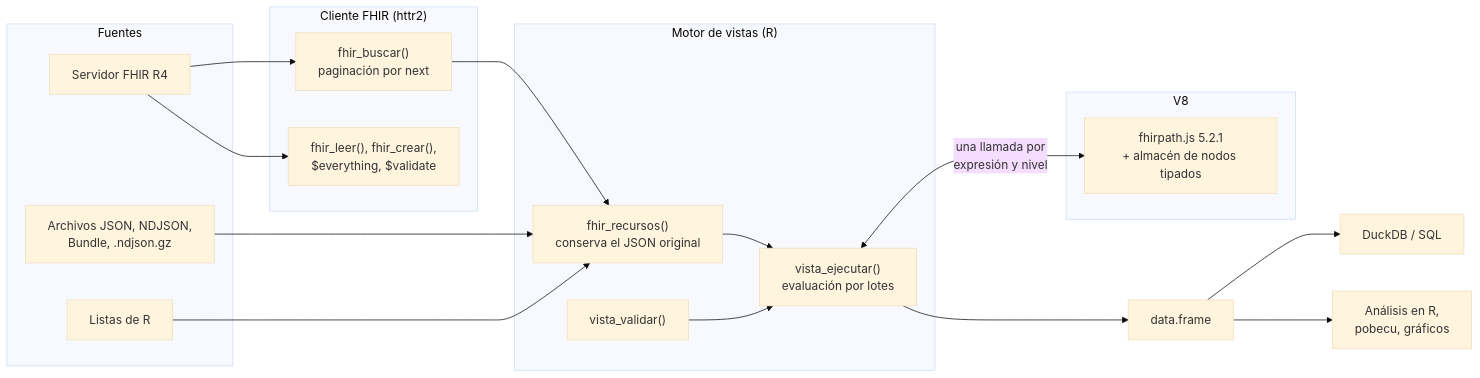
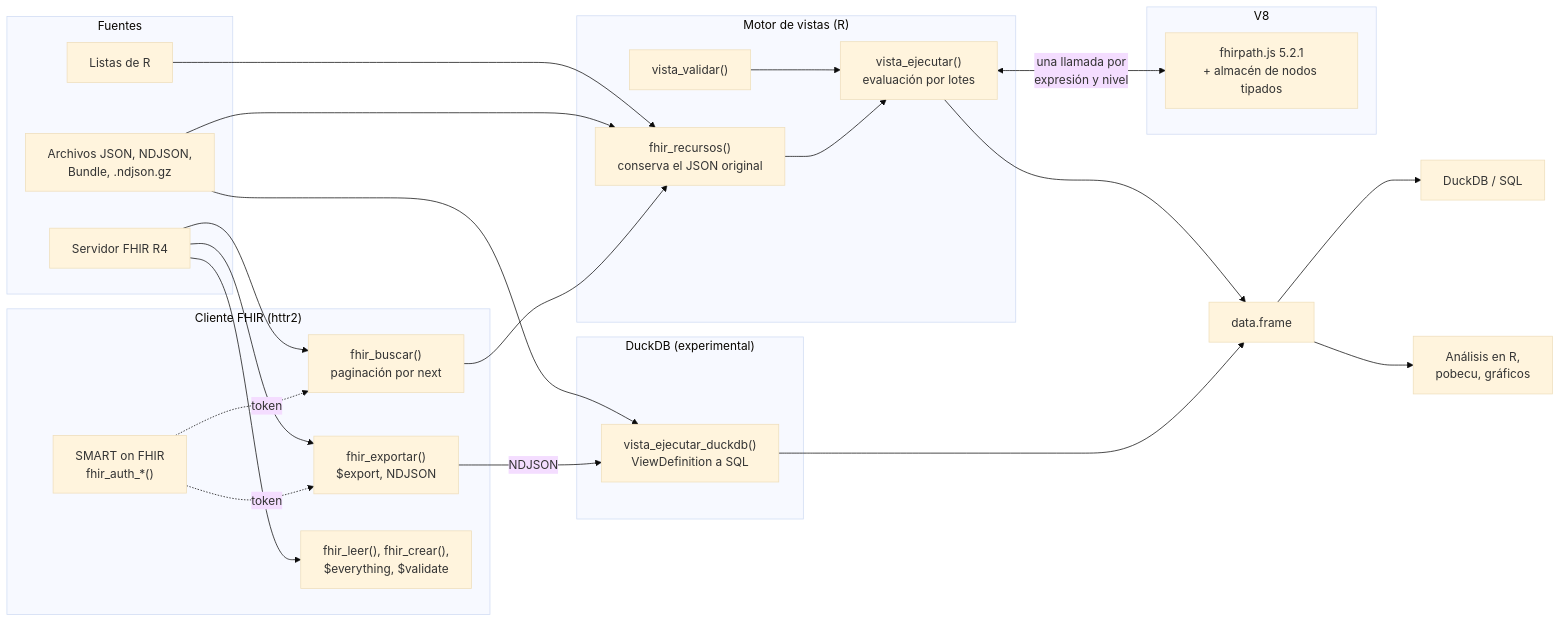
The first of 3 diagrams in README.md (f-slg/fhirviews), drawn with Mermaid (base theme) before and after one commit. The commit also changed other lines of this file and 8 other files, not shown here.

````diff
--- a/README.md
+++ b/README.md
@@ -233,30 +298,41 @@
 ```mermaid
 flowchart LR
     subgraph Fuentes
         S["Servidor FHIR R4"]
         F["Archivos JSON, NDJSON,<br/>Bundle, .ndjson.gz"]
         L["Listas de R"]
     end
     subgraph Cliente["Cliente FHIR (httr2)"]
+        AU["SMART on FHIR<br/>fhir_auth_*()"]
         B["fhir_buscar()<br/>paginación por next"]
+        X["fhir_exportar()<br/>$export, NDJSON"]
         P["fhir_leer(), fhir_crear(),<br/>$everything, $validate"]
     end
     subgraph Motor["Motor de vistas (R)"]
         R["fhir_recursos()<br/>conserva el JSON original"]
         V["vista_validar()"]
         E["vista_ejecutar()<br/>evaluación por lotes"]
     end
     subgraph JS["V8"]
         FP["fhirpath.js 5.2.1<br/>+ almacén de nodos tipados"]
     end
+    subgraph DK["DuckDB (experimental)"]
+        SQ["vista_ejecutar_duckdb()<br/>ViewDefinition a SQL"]
+    end
+    AU -.->|"token"| B
+    AU -.->|"token"| X
     S --> B --> R
+    S --> X
     S --> P
+    X -->|"NDJSON"| SQ
+    F --> SQ
+    SQ --> T
     F --> R
     L --> R
     R --> E
     V --> E
     E <-->|"una llamada por<br/>expresión y nivel"| FP
     E --> T["data.frame"]
     T --> D["DuckDB / SQL"]
     T --> A["Análisis en R,<br/>pobecu, gráficos"]
 ```
````
